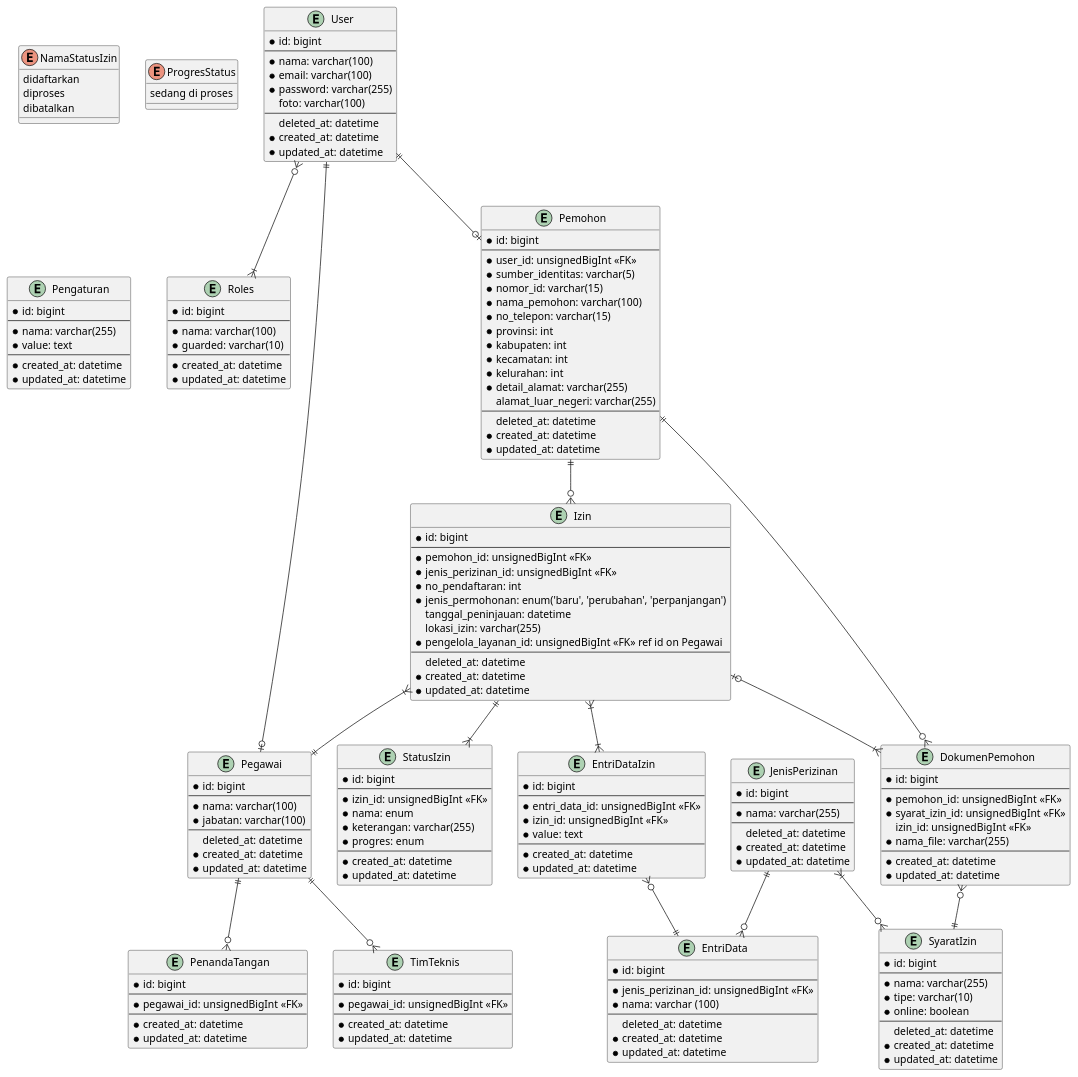
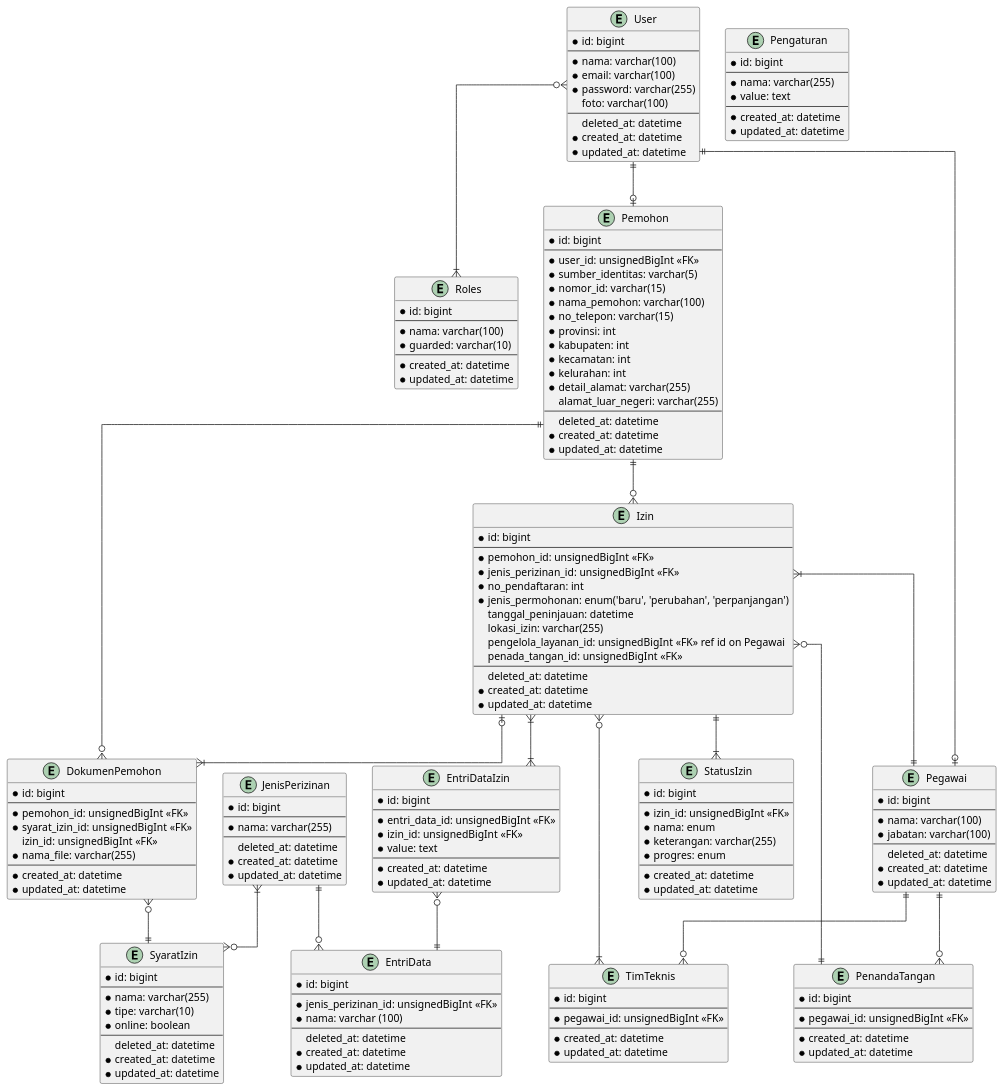
Before and after one commit to maleolabs/nest-nestara-web: the diagram in docs/diagrams/src/database.puml, drawn with PlantUML. The commit also changed 1 other file, not shown here.

Commit message:
update database diagram

```diff
--- a/docs/diagrams/src/database.puml
+++ b/docs/diagrams/src/database.puml
@@ -1,196 +1,191 @@
 @startuml pmptsp
+
+skinparam linetype ortho
 
 entity User {
     * id: bigint
     --
     * nama: varchar(100)
     * email: varchar(100)
     * password: varchar(255)
       foto: varchar(100)
     --
       deleted_at: datetime
     * created_at: datetime
     * updated_at: datetime
 }
 
 entity Roles {
     * id: bigint
     --
     * nama: varchar(100)
     * guarded: varchar(10)
     --
     * created_at: datetime
     * updated_at: datetime
 }
 
 entity Pegawai {
     * id: bigint
     --
     * nama: varchar(100)
     * jabatan: varchar(100)
     --
       deleted_at: datetime
     * created_at: datetime
     * updated_at: datetime
 }
 
 entity PenandaTangan {
     * id: bigint
     --
     * pegawai_id: unsignedBigInt <<FK>>
     --
     * created_at: datetime
     * updated_at: datetime
 }
 
 entity TimTeknis {
     * id: bigint
     --
     * pegawai_id: unsignedBigInt <<FK>>
     --
     * created_at: datetime
     * updated_at: datetime
 }
 
 entity Pemohon {
     * id: bigint
     --
     * user_id: unsignedBigInt <<FK>>
     * sumber_identitas: varchar(5)
     * nomor_id: varchar(15)
     * nama_pemohon: varchar(100)
     * no_telepon: varchar(15)
     * provinsi: int
     * kabupaten: int
     * kecamatan: int
     * kelurahan: int
     * detail_alamat: varchar(255)
       alamat_luar_negeri: varchar(255)
     --
       deleted_at: datetime
     * created_at: datetime
     * updated_at: datetime
 }
 
 entity JenisPerizinan {
     * id: bigint
     --
     * nama: varchar(255)
     --
       deleted_at: datetime
     * created_at: datetime
     * updated_at: datetime
 }
 
 entity EntriData {
     * id: bigint
     --
     * jenis_perizinan_id: unsignedBigInt <<FK>>
     * nama: varchar (100)
     --
       deleted_at: datetime
     * created_at: datetime
     * updated_at: datetime
 }
 
 entity SyaratIzin {
     * id: bigint
     --
     * nama: varchar(255)
     * tipe: varchar(10)
     * online: boolean
     --
       deleted_at: datetime
     * created_at: datetime
     * updated_at: datetime
 }
 
 entity DokumenPemohon {
     * id: bigint
     --
     * pemohon_id: unsignedBigInt <<FK>>
     * syarat_izin_id: unsignedBigInt <<FK>>
       izin_id: unsignedBigInt <<FK>>
     * nama_file: varchar(255)
     --
     * created_at: datetime
     * updated_at: datetime
 }
 
 entity Izin {
     * id: bigint
     --
     * pemohon_id: unsignedBigInt <<FK>>
     * jenis_perizinan_id: unsignedBigInt <<FK>>
     * no_pendaftaran: int
     * jenis_permohonan: enum('baru', 'perubahan', 'perpanjangan')
       tanggal_peninjauan: datetime
       lokasi_izin: varchar(255)
-    * pengelola_layanan_id: unsignedBigInt <<FK>> ref id on Pegawai
+      pengelola_layanan_id: unsignedBigInt <<FK>> ref id on Pegawai
+      penada_tangan_id: unsignedBigInt <<FK>>
     --
       deleted_at: datetime
     * created_at: datetime
     * updated_at: datetime
 }
 
 entity StatusIzin {
     * id: bigint
     --
     * izin_id: unsignedBigInt <<FK>>
     * nama: enum
     * keterangan: varchar(255)
     * progres: enum
     --
     * created_at: datetime
     * updated_at: datetime
-}
-
-enum NamaStatusIzin {
-    didaftarkan
-    diproses
-    dibatalkan
-}
-
-enum ProgresStatus {
-    sedang di proses
 }
 
 entity EntriDataIzin {
     * id: bigint
     --
     * entri_data_id: unsignedBigInt <<FK>>
     * izin_id: unsignedBigInt <<FK>>
     * value: text
     --
     * created_at: datetime
     * updated_at: datetime
 }
 
 entity Pengaturan {
     * id: bigint
     --
     * nama: varchar(255)
     * value: text
     --
     * created_at: datetime
     * updated_at: datetime
 }
 
 User }o--|{ Roles
 User ||--o| Pemohon
 User ||--o| Pegawai
 Pegawai ||--o{ PenandaTangan
 Pegawai ||--o{ TimTeknis
 JenisPerizinan }|--o{ SyaratIzin
 JenisPerizinan ||--o{ EntriData
 EntriDataIzin }o--|| EntriData
 DokumenPemohon }o--|| Pemohon
 DokumenPemohon }o--|| SyaratIzin
 Pemohon ||--o{ Izin
 Izin |o--|{ DokumenPemohon
 Izin ||--|{ StatusIzin
 Izin }|--|| Pegawai
 Izin }|--|{ EntriDataIzin
+Izin }o--|| PenandaTangan
+Izin }o--|{ TimTeknis
 
 
 @enduml
```
